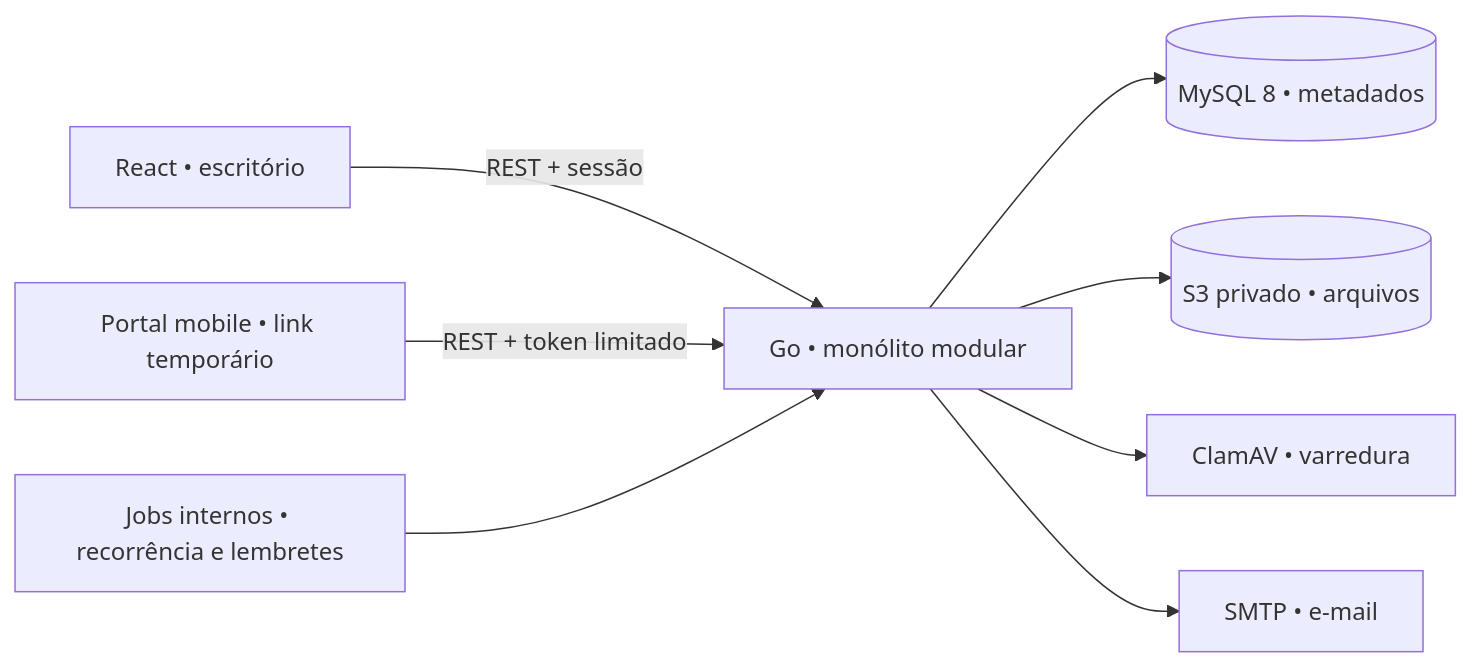
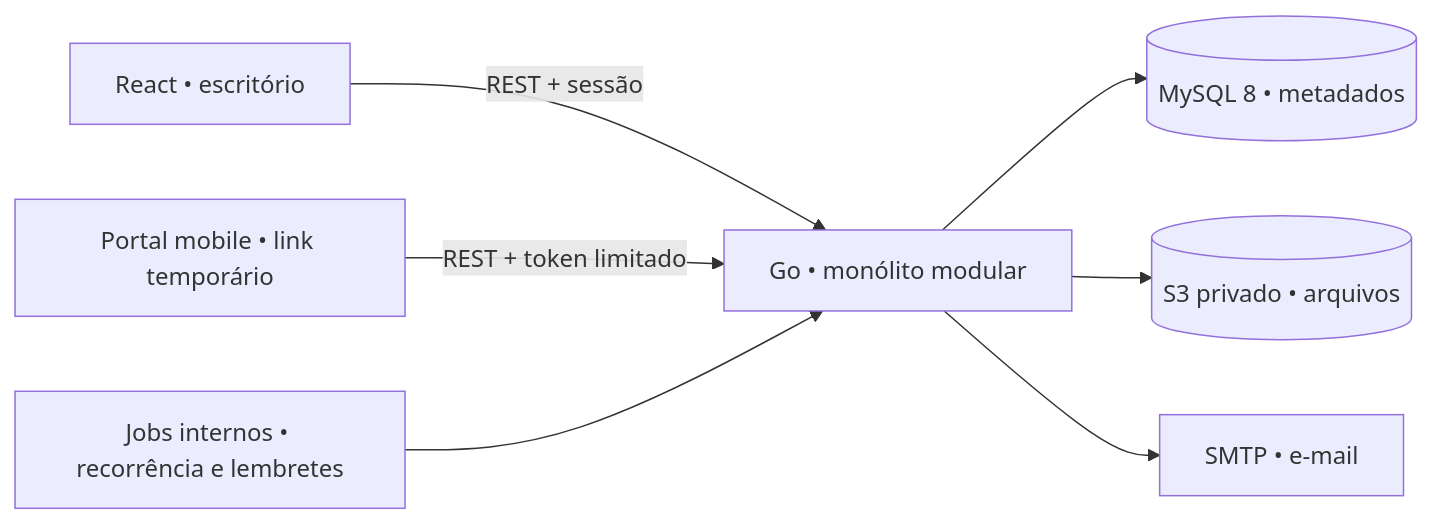
One commit to TiagoSilva-dev/DocPing changed the diagram in docs/02-arquitetura-e-dados.md. Above: the diagram before and after it, drawn with Mermaid. The commit also changed other lines of this file and 27 other files, not shown here.

````diff
--- a/docs/02-arquitetura-e-dados.md
+++ b/docs/02-arquitetura-e-dados.md
@@ -9,10 +9,9 @@
 ```mermaid
 flowchart LR
   W[React • escritório] -->|REST + sessão| A[Go • monólito modular]
   P[Portal mobile • link temporário] -->|REST + token limitado| A
   A --> D[(MySQL 8 • metadados)]
   A --> S[(S3 privado • arquivos)]
-  A --> V[ClamAV • varredura]
   A --> M[SMTP • e-mail]
   J[Jobs internos • recorrência e lembretes] --> A
 ```
````
